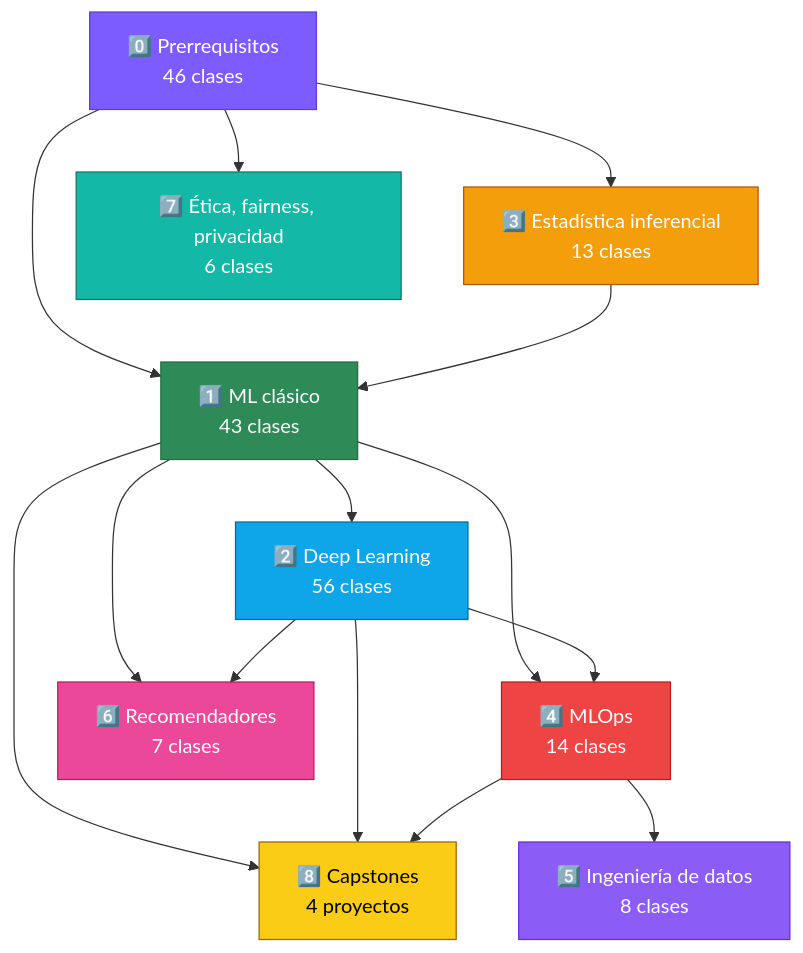
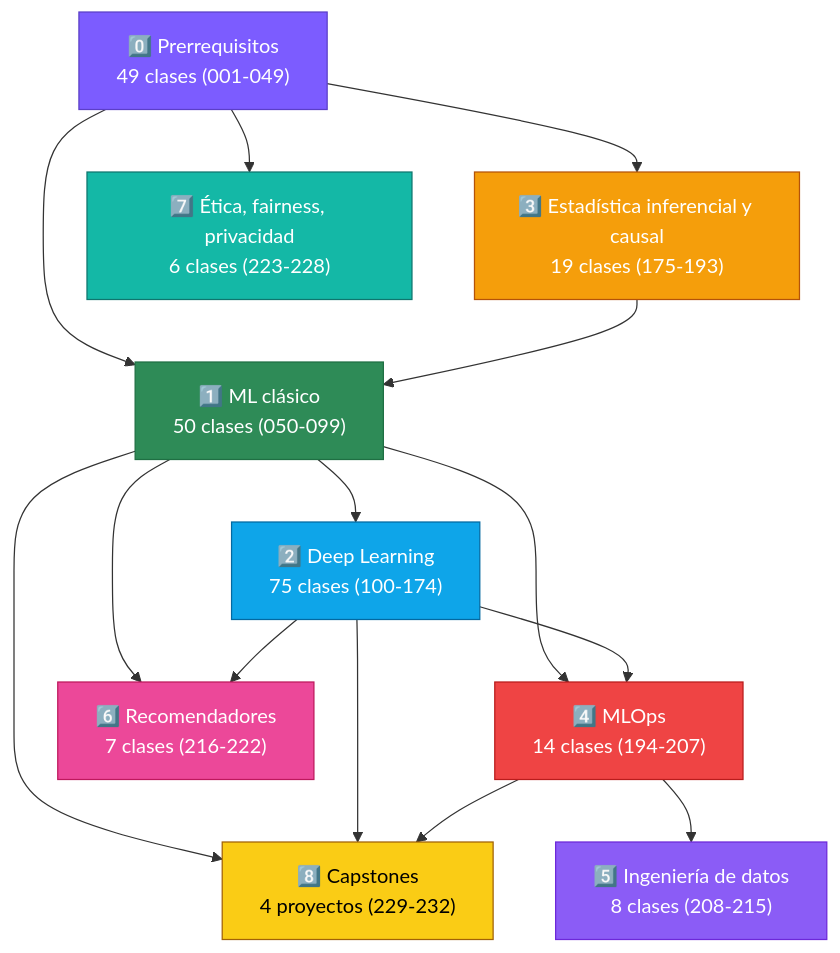
One commit to vladimiracunadev-create/python-data-science-bootcamp changed the second of 2 diagrams in README.md. Above: the diagram before and after it, drawn with Mermaid. The commit also changed other lines of this file and 15 other files, not shown here.

````diff
--- a/README.md
+++ b/README.md
@@ -184,36 +183,36 @@
 ```mermaid
 graph TD
-    P0["0️⃣ Prerrequisitos<br/>46 clases"]:::found
-    P1["1️⃣ ML clásico<br/>43 clases"]:::ml
-    P2["2️⃣ Deep Learning<br/>56 clases"]:::dl
-    P3["3️⃣ Estadística inferencial<br/>13 clases"]:::stats
-    P4["4️⃣ MLOps<br/>14 clases"]:::ops
-    P5["5️⃣ Ingeniería de datos<br/>8 clases"]:::data
-    P6["6️⃣ Recomendadores<br/>7 clases"]:::rec
-    P7["7️⃣ Ética, fairness, privacidad<br/>6 clases"]:::eth
-    P8["8️⃣ Capstones<br/>4 proyectos"]:::cap
+    P0["0️⃣ Prerrequisitos<br/>49 clases (001-049)"]:::found
+    P1["1️⃣ ML clásico<br/>50 clases (050-099)"]:::ml
+    P2["2️⃣ Deep Learning<br/>75 clases (100-174)"]:::dl
+    P3["3️⃣ Estadística inferencial y causal<br/>19 clases (175-193)"]:::stats
+    P4["4️⃣ MLOps<br/>14 clases (194-207)"]:::ops
+    P5["5️⃣ Ingeniería de datos<br/>8 clases (208-215)"]:::data
+    P6["6️⃣ Recomendadores<br/>7 clases (216-222)"]:::rec
+    P7["7️⃣ Ética, fairness, privacidad<br/>6 clases (223-228)"]:::eth
+    P8["8️⃣ Capstones<br/>4 proyectos (229-232)"]:::cap
 
     P0 --> P1
     P0 --> P3
     P1 --> P2
     P1 --> P4
     P3 --> P1
     P2 --> P4
     P4 --> P5
     P1 --> P6
     P2 --> P6
     P0 --> P7
     P1 --> P8
     P2 --> P8
     P4 --> P8
 
     classDef found fill:#7c5cff,stroke:#5b3fc7,color:#fff
     classDef ml fill:#2e8b57,stroke:#1f6f43,color:#fff
     classDef dl fill:#0ea5e9,stroke:#0369a1,color:#fff
     classDef stats fill:#f59e0b,stroke:#b45309,color:#fff
     classDef ops fill:#ef4444,stroke:#b91c1c,color:#fff
     classDef data fill:#8b5cf6,stroke:#6d28d9,color:#fff
     classDef rec fill:#ec4899,stroke:#be185d,color:#fff
     classDef eth fill:#14b8a6,stroke:#0f766e,color:#fff
     classDef cap fill:#facc15,stroke:#a16207,color:#000
 ```
````
